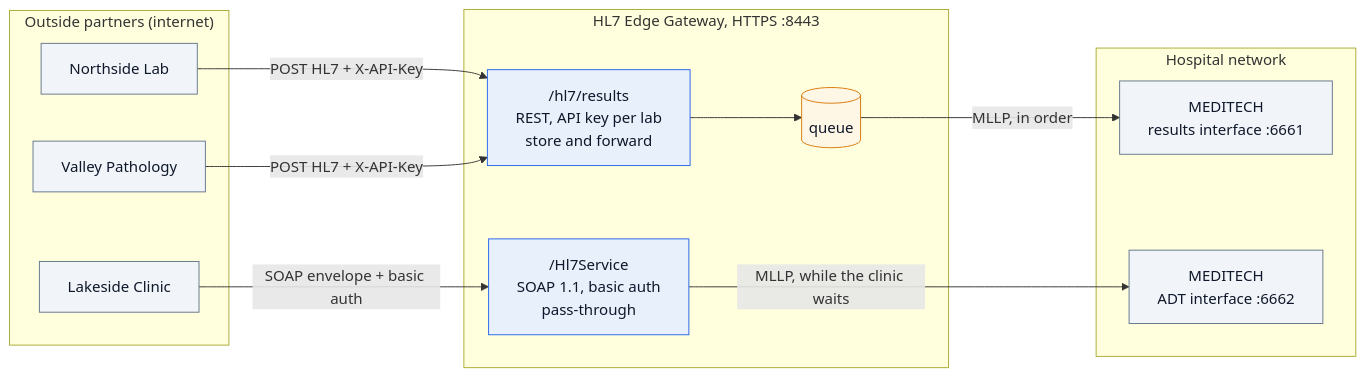
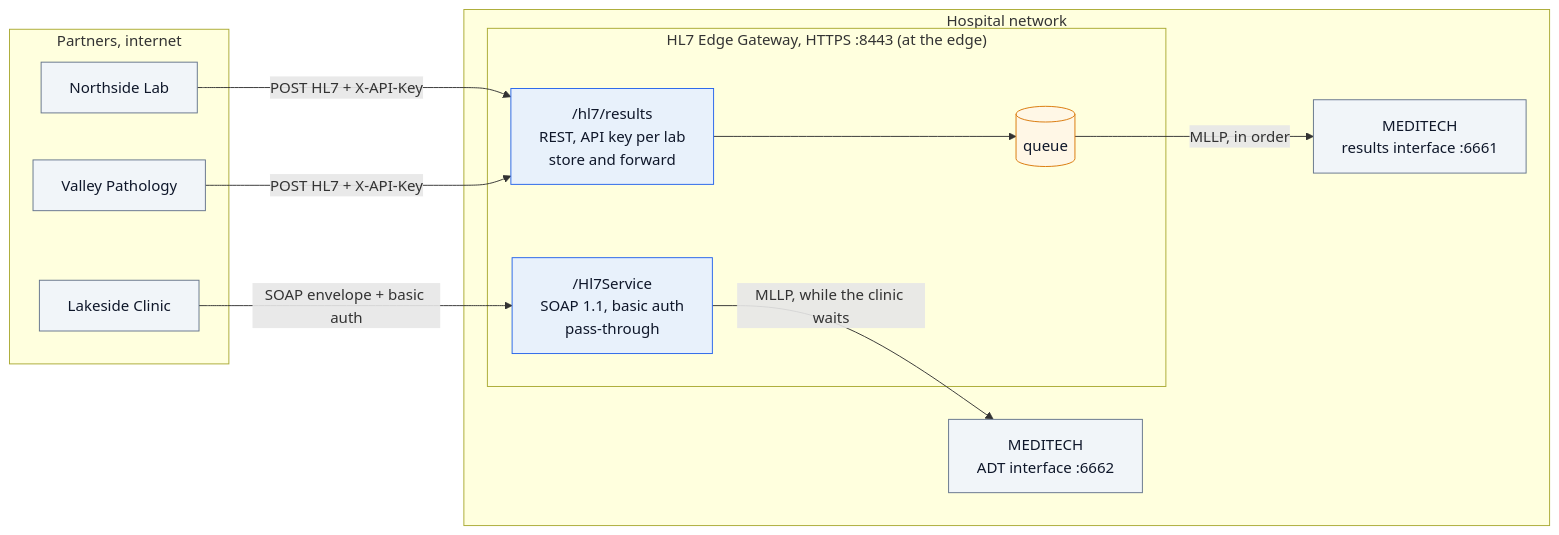
The diagram in 02-partners-to-meditech/diagrams/architecture.mmd (lambogenius/hl7-edge-gateway-examples), drawn with Mermaid before and after one commit. The commit also changed 23 other files, not shown here.

Commit message:
Architecture diagrams: on-prem parts inside the hospital network, cloud load balancers inside the cloud network

```diff
--- a/02-partners-to-meditech/diagrams/architecture.mmd
+++ b/02-partners-to-meditech/diagrams/architecture.mmd
@@ -1,26 +1,26 @@
 flowchart LR
-  subgraph P["Outside partners (internet)"]
+  subgraph P["Partners, internet"]
     N["Northside Lab"]:::ext
     V["Valley Pathology"]:::ext
     L["Lakeside Clinic"]:::ext
   end
-  subgraph G["HL7 Edge Gateway, HTTPS :8443"]
-    R1["/hl7/results<br/>REST, API key per lab<br/>store and forward"]:::gw
-    R2["/Hl7Service<br/>SOAP 1.1, basic auth<br/>pass-through"]:::gw
-    Q[("queue")]:::store
-  end
   subgraph H["Hospital network"]
+    subgraph G["HL7 Edge Gateway, HTTPS :8443 (at the edge)"]
+      R1["/hl7/results<br/>REST, API key per lab<br/>store and forward"]:::gw
+      R2["/Hl7Service<br/>SOAP 1.1, basic auth<br/>pass-through"]:::gw
+      Q[("queue")]:::store
+    end
     M1["MEDITECH<br/>results interface :6661"]:::ext
     M2["MEDITECH<br/>ADT interface :6662"]:::ext
   end
   N -- "POST HL7 + X-API-Key" --> R1
   V -- "POST HL7 + X-API-Key" --> R1
   L -- "SOAP envelope + basic auth" --> R2
   R1 --> Q -- "MLLP, in order" --> M1
   R2 -- "MLLP, while the clinic waits" --> M2
 
   classDef gw fill:#e8f1fb,stroke:#2563eb,color:#0f172a
   classDef store fill:#fff7e6,stroke:#d97706,color:#0f172a
   classDef ext fill:#f1f5f9,stroke:#64748b,color:#0f172a
   classDef bad fill:#fdecec,stroke:#dc2626,color:#0f172a
   classDef ok fill:#ecfdf3,stroke:#16a34a,color:#0f172a
```
